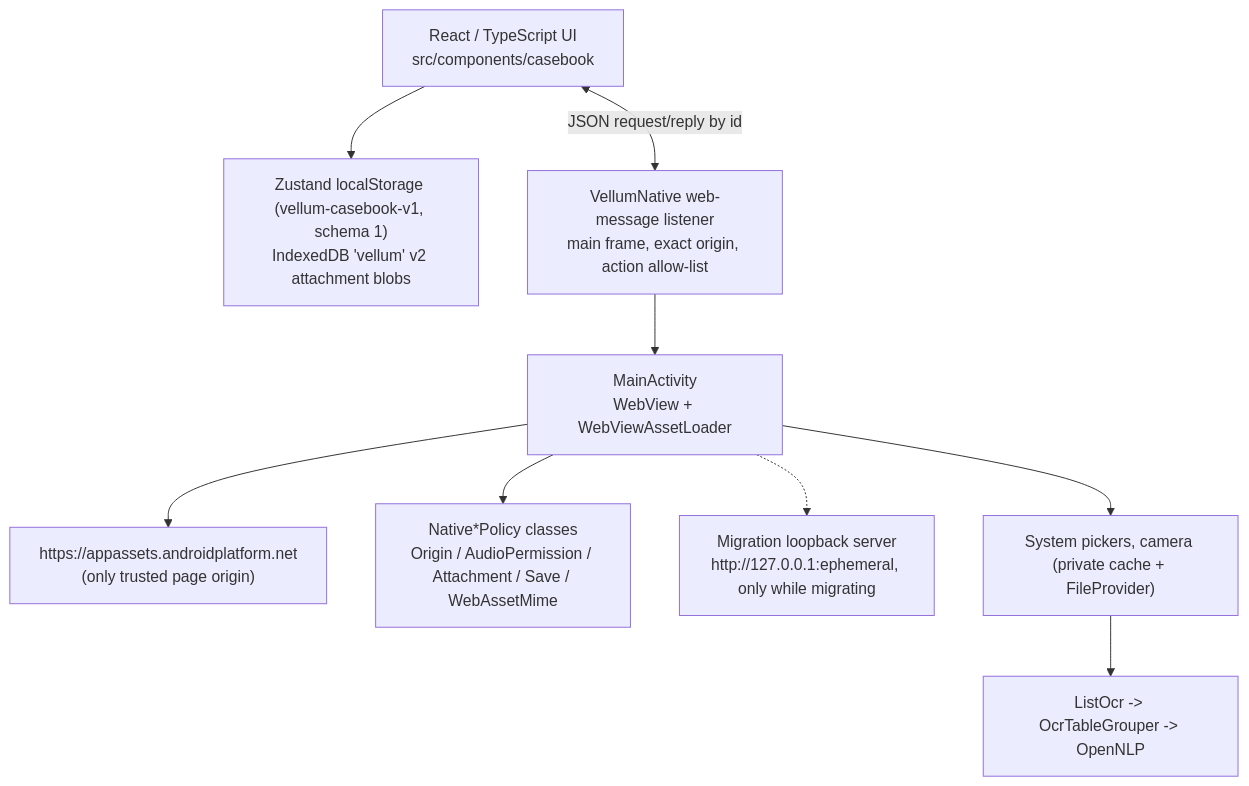
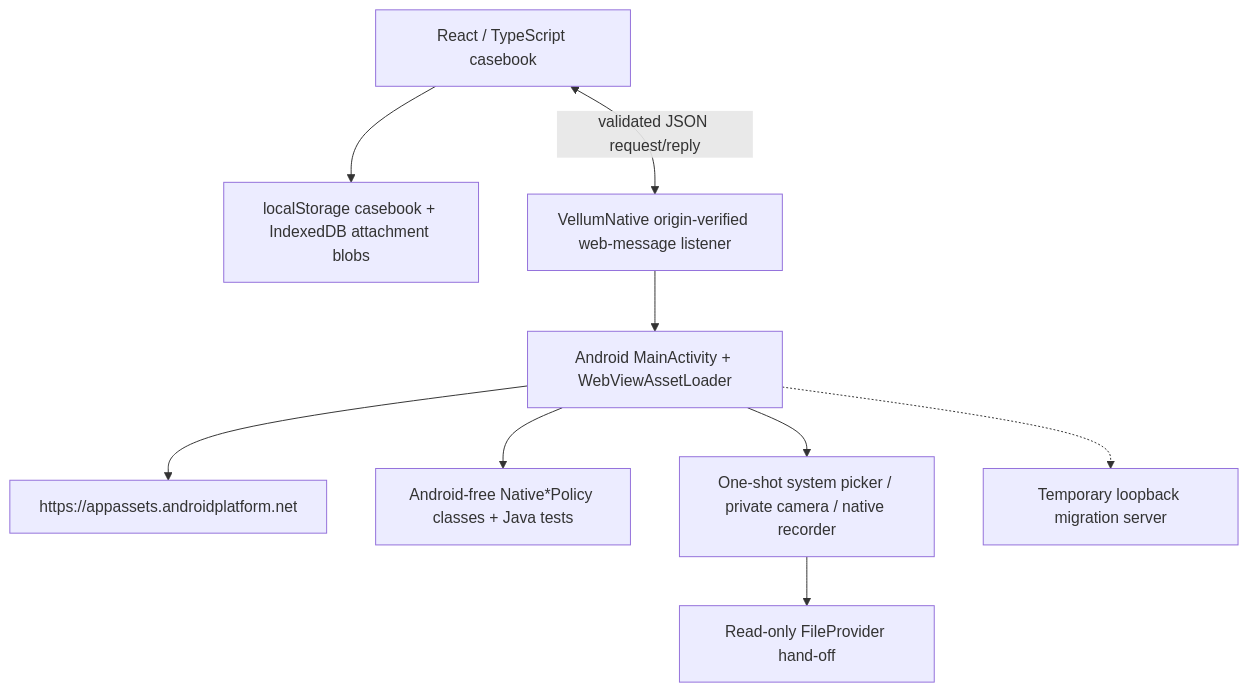
Before and after one commit to Inspired66/Patient-roladex: the diagram in docs/architecture-review.md, drawn with Mermaid. The commit also changed other lines of this file and 4 other files, not shown here.

First line of the commit message:
Refresh Vellum native security and architecture docs

````diff
--- a/docs/architecture-review.md
+++ b/docs/architecture-review.md
@@ -32,20 +7,20 @@
 ```mermaid
 flowchart TD
-    Web["React / TypeScript UI<br/>src/components/casebook"]
-    Store["Zustand localStorage (vellum-casebook-v1, schema 1)<br/>IndexedDB 'vellum' v2 attachment blobs"]
-    Activity["MainActivity<br/>WebView + WebViewAssetLoader"]
-    Origin["https://appassets.androidplatform.net<br/>(only trusted page origin)"]
-    Bridge["VellumNative web-message listener<br/>main frame, exact origin, action allow-list"]
-    Policies["Native*Policy classes<br/>Origin / AudioPermission / Attachment / Save / WebAssetMime"]
-    Migration["Migration loopback server<br/>http://127.0.0.1:ephemeral, only while migrating"]
-    Pickers["System pickers, camera (private cache + FileProvider)"]
-    OCR["ListOcr -> OcrTableGrouper -> OpenNLP"]
-
+    Web["React / TypeScript casebook"]
+    Store["localStorage casebook + IndexedDB attachment blobs"]
+    Shell["Android MainActivity + WebViewAssetLoader"]
+    Origin["https://appassets.androidplatform.net"]
+    Bridge["VellumNative origin-verified web-message listener"]
+    Policies["Android-free Native*Policy classes + Java tests"]
+    Pickers["One-shot system picker / private camera / native recorder"]
+    Handoff["Read-only FileProvider hand-off"]
+    Migration["Temporary loopback migration server"]
     Web --> Store
-    Web <-->|"JSON request/reply by id"| Bridge
-    Bridge --> Activity
-    Activity --> Origin
-    Activity --> Policies
-    Activity --> Pickers --> OCR
-    Activity -.-> Migration
+    Web <-->|"validated JSON request/reply"| Bridge
+    Bridge --> Shell
+    Shell --> Origin
+    Shell --> Policies
+    Shell --> Pickers
+    Pickers --> Handoff
+    Shell -.-> Migration
 ```
````
